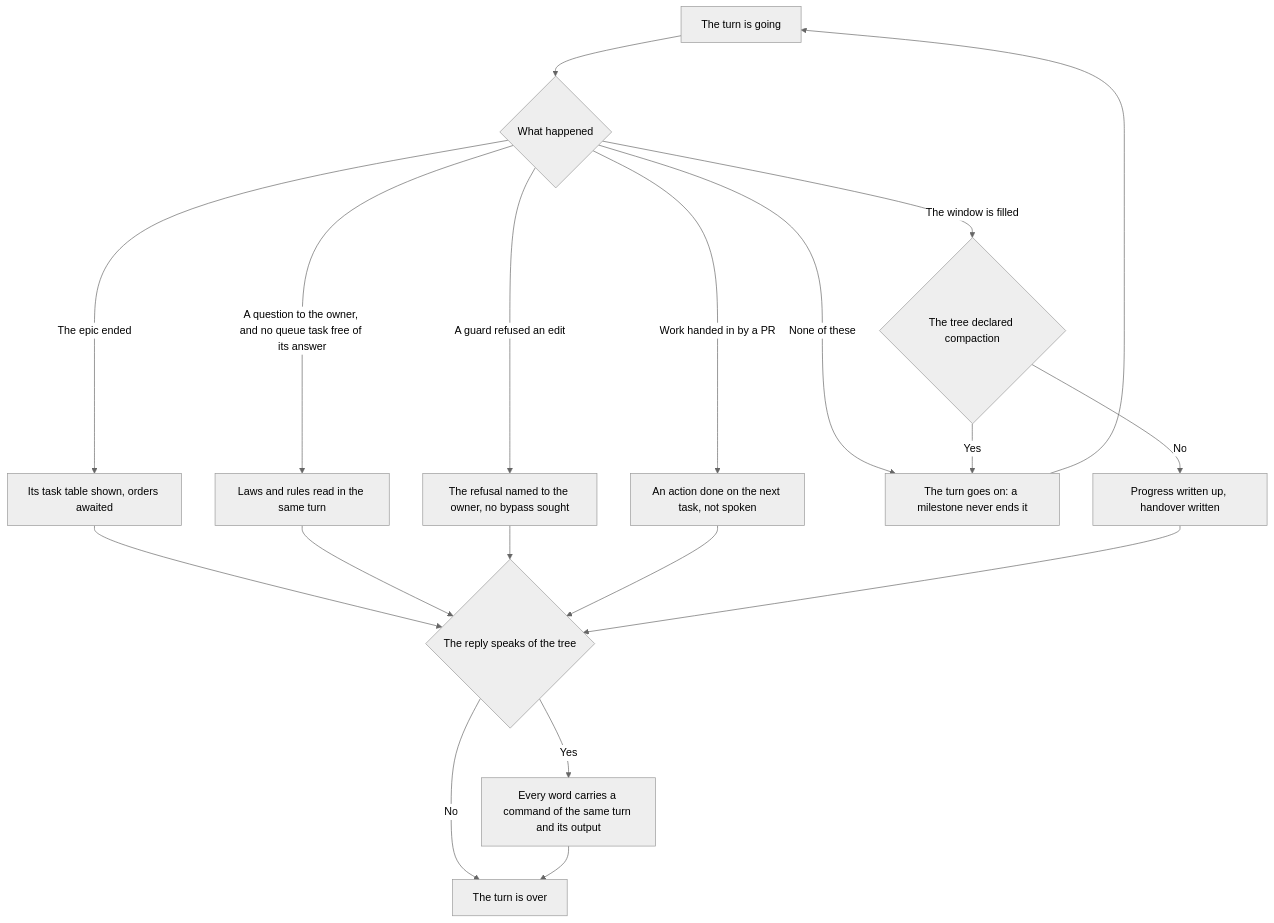
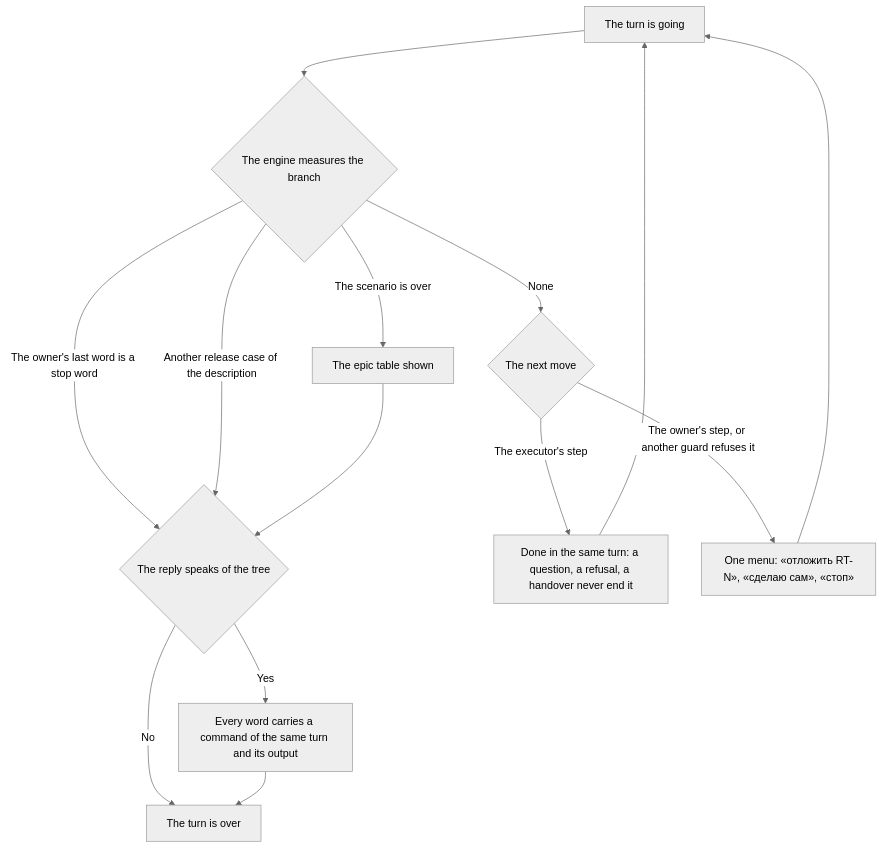
One commit to Eyhenij/rt-tools changed the diagram in .claude/skills/turn-conduct/SKILL.md. Above: the diagram before and after it, drawn with Mermaid (neutral theme). The commit also changed other lines of this file and 52 other files, not shown here.

````diff
--- a/.claude/skills/turn-conduct/SKILL.md
+++ b/.claude/skills/turn-conduct/SKILL.md
@@ -62,21 +67,16 @@
 ```mermaid
 flowchart TD
-    A[The turn is going] --> B{What happened}
-    B -->|A question to the owner, and no queue task free of its answer| C[Laws and rules read in the same turn]
-    B -->|The epic ended| L[Its task table shown, orders awaited]
-    L --> I
-    B -->|A guard refused an edit| D[The refusal named to the owner, no bypass sought]
-    B -->|The window is filled| E{The tree declared compaction}
-    B -->|Work handed in by a PR| F[An action done on the next task, not spoken]
-    B -->|None of these| G[The turn goes on: a milestone never ends it]
-    E -->|Yes| G
-    E -->|No| H[Progress written up, handover written]
-    C --> I{The reply speaks of the tree}
-    D --> I
-    F --> I
-    H --> I
+    A[The turn is going] --> B{The engine measures the branch}
+    B -->|The scenario is over| L[The epic table shown]
+    B -->|The owner's last word is a stop word| I
+    B -->|Another release case of the description| I
+    B -->|None| D{The next move}
+    D -->|The executor's step| G[Done in the same turn: a question, a refusal, a handover never end it]
+    D -->|The owner's step, or another guard refuses it| M[One menu: «отложить RT-N», «сделаю сам», «стоп»]
+    M --> A
+    G --> A
+    L --> I{The reply speaks of the tree}
     I -->|Yes| J[Every word carries a command of the same turn and its output]
     I -->|No| K[The turn is over]
     J --> K
-    G --> A
 ```
````
